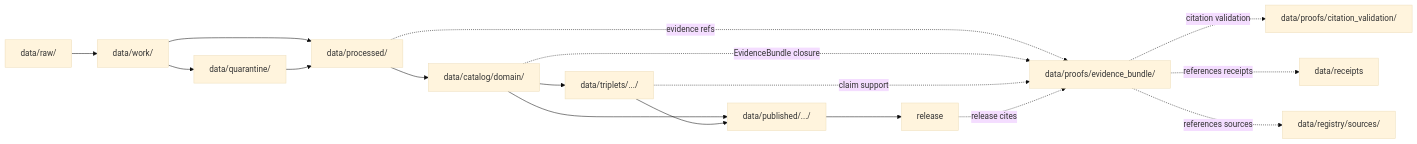
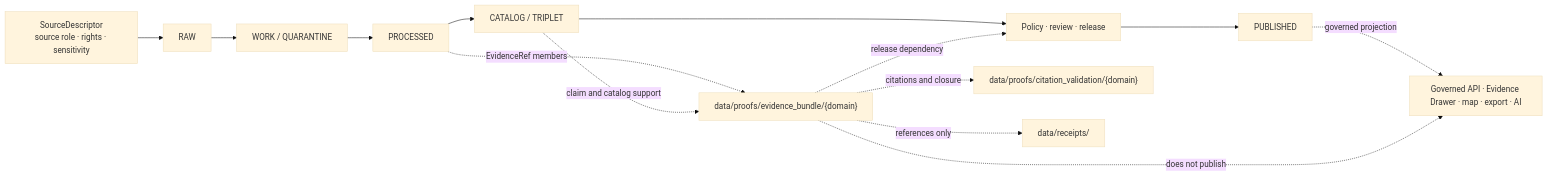
Before and after one commit to bartytime4life/Kansas-Frontier-Matrix: the diagram in data/proofs/evidence_bundle/README.md, drawn with Mermaid (base theme). The commit also changed other lines of this file, not shown here.

Commit message:
docs(proofs): modernize EvidenceBundle README

````diff
--- a/data/proofs/evidence_bundle/README.md
+++ b/data/proofs/evidence_bundle/README.md
@@ -98,20 +294,18 @@
 ```mermaid
 flowchart LR
-  RAW[data/raw/<domain>] --> WORK[data/work/<domain>]
-  WORK --> QUAR[data/quarantine/<domain>]
-  WORK --> PROC[data/processed/<domain>]
-  QUAR --> PROC
-  PROC --> CAT[data/catalog/domain/<domain>]
-  CAT --> TRIP[data/triplets/.../<domain>]
-  CAT --> PUB[data/published/.../<domain>]
-  TRIP --> PUB
-  PUB --> REL[release]
+  SRC["SourceDescriptor<br/>source role · rights · sensitivity"] --> RAW["RAW"]
+  RAW --> WQ["WORK / QUARANTINE"]
+  WQ --> PROC["PROCESSED"]
+  PROC --> CAT["CATALOG / TRIPLET"]
+  CAT --> REL["Policy · review · release"]
+  REL --> PUB["PUBLISHED"]
 
-  PROC -. evidence refs .-> EB[data/proofs/evidence_bundle/<domain>]
-  CAT -. EvidenceBundle closure .-> EB
-  TRIP -. claim support .-> EB
-  REL -. release cites .-> EB
-  EB -. citation validation .-> CIT[data/proofs/citation_validation/<domain>]
-  EB -. references receipts .-> RECEIPTS[data/receipts]
-  EB -. references sources .-> REG[data/registry/sources/<domain>]
+  PROC -. "EvidenceRef members" .-> EB["data/proofs/evidence_bundle/{domain}"]
+  CAT -. "claim and catalog support" .-> EB
+  EB -. "citations and closure" .-> CIT["data/proofs/citation_validation/{domain}"]
+  EB -. "references only" .-> RECEIPTS["data/receipts/"]
+  EB -. "release dependency" .-> REL
+  PUB -. "governed projection" .-> CLIENT["Governed API · Evidence Drawer · map · export · AI"]
+
+  EB -. "does not publish" .-> CLIENT
 ```
````
